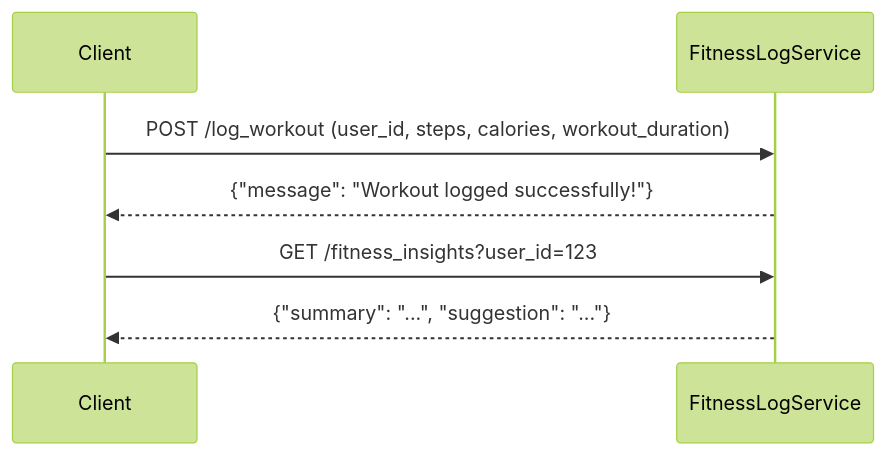
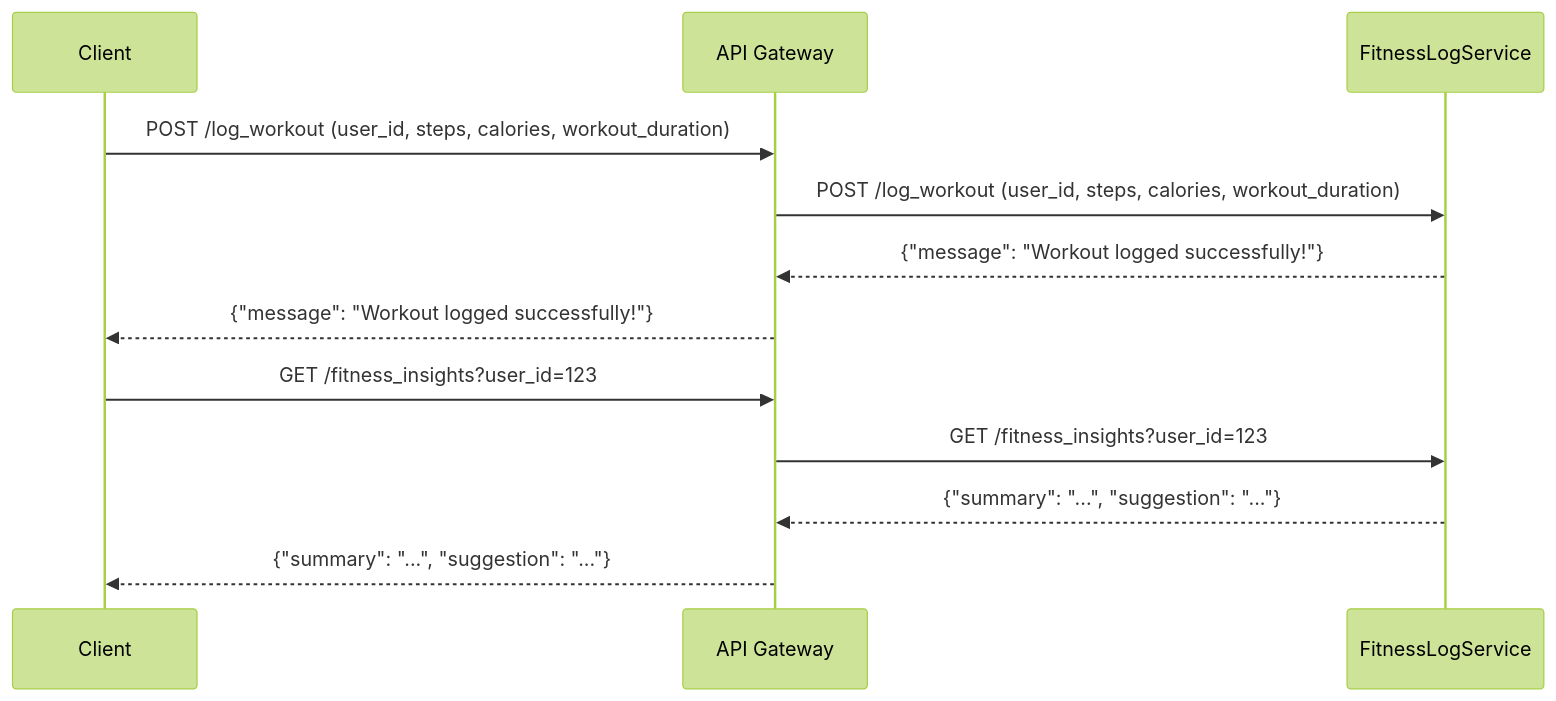
One commit to tylerd0307/microserviceA changed the diagram in README.md. Above: the diagram before and after it, drawn with Mermaid (forest theme).

Commit message:
Included API Gateway in UML Sequence Diagram

````diff
--- a/README.md
+++ b/README.md
@@ -97,11 +97,15 @@
 ```mermaid
 sequenceDiagram
     participant Client
+    participant API Gateway
     participant FitnessLogService
-    Client->>FitnessLogService: POST /log_workout (user_id, steps, calories, workout_duration)
-    FitnessLogService-->>Client: {"message": "Workout logged successfully!"}
+    Client->>API Gateway: POST /log_workout (user_id, steps, calories, workout_duration)
+    API Gateway->>FitnessLogService: POST /log_workout (user_id, steps, calories, workout_duration)
+    FitnessLogService-->>API Gateway: {"message": "Workout logged successfully!"}
+    API Gateway-->>Client: {"message": "Workout logged successfully!"}
 
-    Client->>FitnessLogService: GET /fitness_insights?user_id=123
-    FitnessLogService-->>Client: {"summary": "...", "suggestion": "..."}
-
+    Client->>API Gateway: GET /fitness_insights?user_id=123
+    API Gateway->>FitnessLogService: GET /fitness_insights?user_id=123
+    FitnessLogService-->>API Gateway: {"summary": "...", "suggestion": "..."}
+    API Gateway-->>Client: {"summary": "...", "suggestion": "..."}
 ```
````
